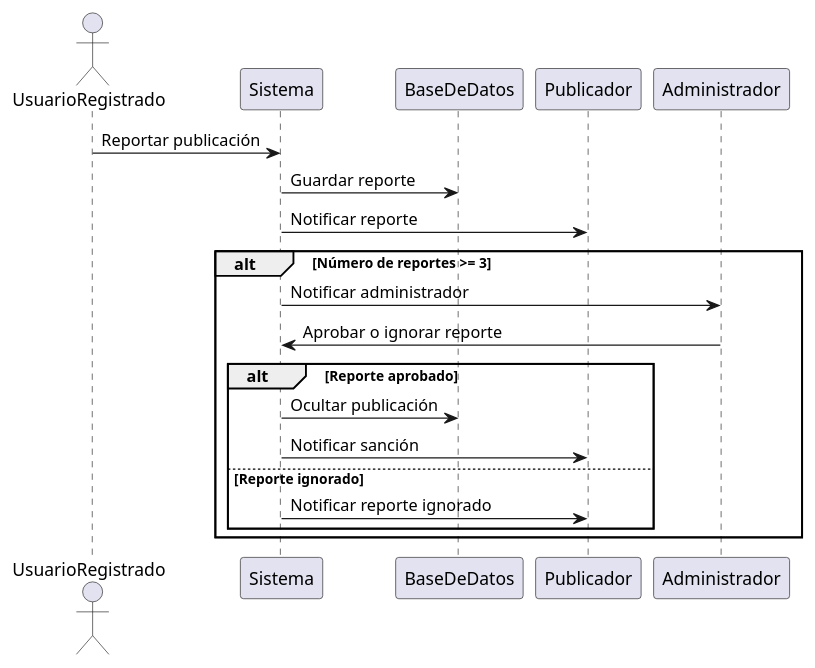
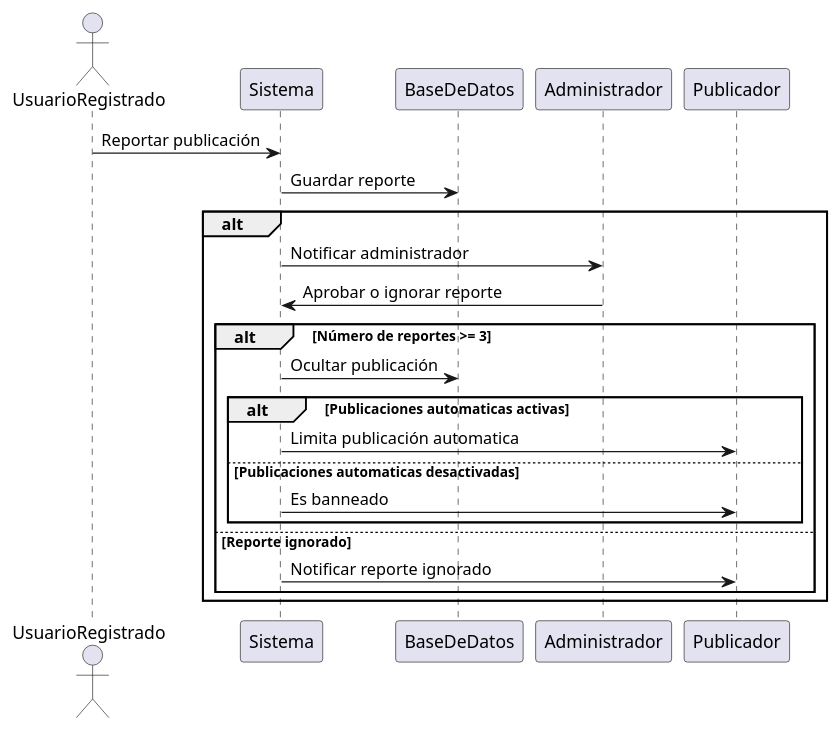
Before and after one commit to mazHania4/o_k_h: the diagram in docs/diagramas/secuence/new_report.puml, drawn with PlantUML. The commit also changed 9 other files, not shown here.

```diff
--- a/docs/diagramas/secuence/new_report.puml
+++ b/docs/diagramas/secuence/new_report.puml
@@ -1,16 +1,19 @@
 @startuml new_report
 actor UsuarioRegistrado
 UsuarioRegistrado -> Sistema : Reportar publicación
 Sistema -> BaseDeDatos : Guardar reporte
-Sistema -> Publicador : Notificar reporte
-alt Número de reportes >= 3
+alt 
     Sistema -> Administrador : Notificar administrador
     Administrador -> Sistema : Aprobar o ignorar reporte
-    alt Reporte aprobado
+    alt Número de reportes >= 3
         Sistema -> BaseDeDatos : Ocultar publicación
-        Sistema -> Publicador : Notificar sanción
+        alt Publicaciones automaticas activas
+            Sistema -> Publicador : Limita publicación automatica
+        else Publicaciones automaticas desactivadas
+            Sistema -> Publicador : Es banneado
+        end
     else Reporte ignorado
         Sistema -> Publicador : Notificar reporte ignorado
     end
 end
 @enduml
```
